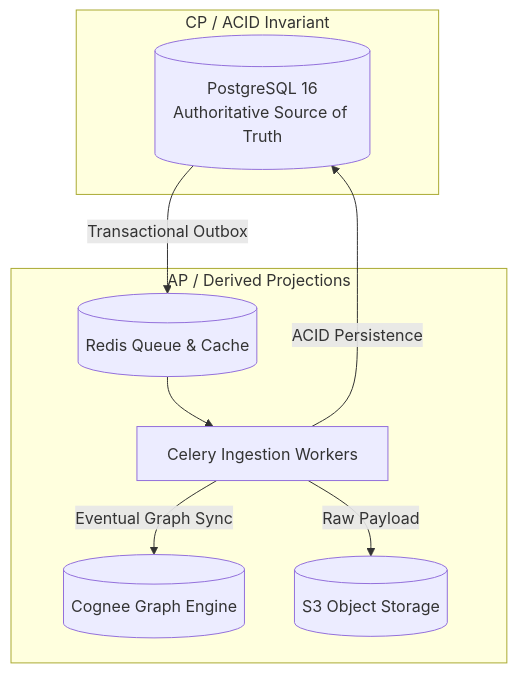
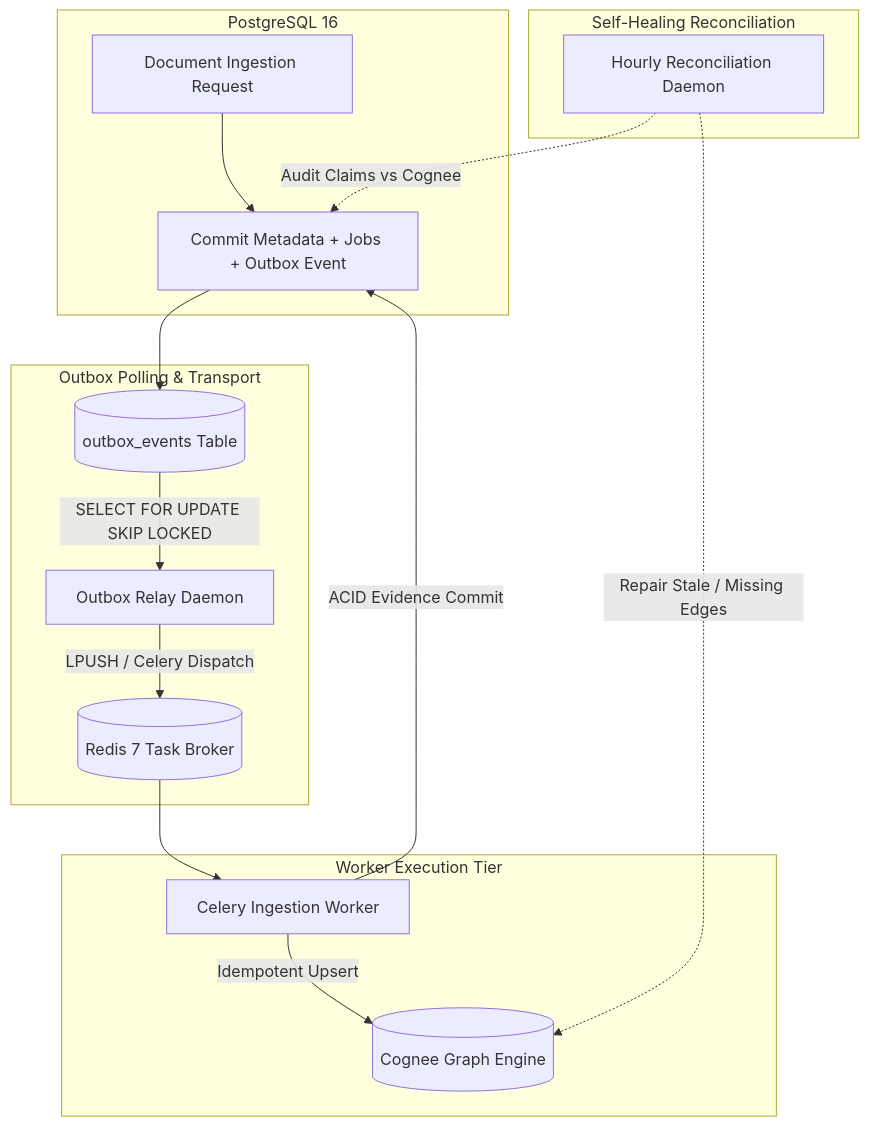
Before and after one commit to rushikeshbathe096/RedThread: the first of 2 diagrams in docs/data-consistency.md, drawn with Mermaid. The commit also changed other lines of this file and 22 other files, not shown here.

Commit message:
db schema

````diff
--- a/docs/data-consistency.md
+++ b/docs/data-consistency.md
@@ -18,19 +18,23 @@
 ```mermaid
 flowchart TD
-    subgraph Strong Consistency Zone [CP / ACID Invariant]
-        PG[(PostgreSQL 16<br/>Authoritative Source of Truth)]
+    subgraph ACID Transaction Boundary [PostgreSQL 16]
+        Upload[Document Ingestion Request] --> DBCommit[Commit Metadata + Jobs + Outbox Event]
     end
     
-    subgraph Eventual Consistency Zone [AP / Derived Projections]
-        Redis[(Redis Queue & Cache)]
-        Worker[Celery Ingestion Workers]
-        Cognee[(Cognee Graph Engine)]
-        S3[(S3 Object Storage)]
+    subgraph Outbox Polling & Transport
+        DBCommit --> Outbox[(outbox_events Table)]
+        Outbox -->|SELECT FOR UPDATE SKIP LOCKED| Relay[Outbox Relay Daemon]
+        Relay -->|LPUSH / Celery Dispatch| Broker[(Redis 7 Task Broker)]
     end
     
-    PG -->|Transactional Outbox| Redis
-    Redis --> Worker
-    Worker -->|ACID Persistence| PG
-    Worker -->|Eventual Graph Sync| Cognee
-    Worker -->|Raw Payload| S3
+    subgraph Worker Execution Tier
+        Broker --> Worker[Celery Ingestion Worker]
+        Worker -->|ACID Evidence Commit| DBCommit
+        Worker -->|Idempotent Upsert| Cognee[(Cognee Graph Engine)]
+    end
+    
+    subgraph Self-Healing Reconciliation
+        Recon[Hourly Reconciliation Daemon] -.->|Audit Claims vs Cognee| DBCommit
+        Recon -.->|Repair Stale / Missing Edges| Cognee
+    end
 ```
````
